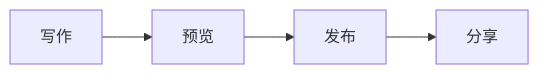
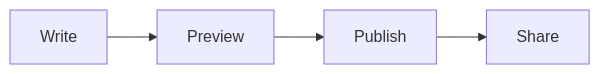
The diagram in docs/guides/getting-started.md (zhuangbiaowei/vitepress-ospo-writing-project), drawn with Mermaid before and after one commit. The commit also changed 182 other files, not shown here.

````diff
--- a/docs/guides/getting-started.md
+++ b/docs/guides/getting-started.md
@@ -141,6 +141,6 @@
 ```mermaid
 flowchart LR
-    A[写作] --> B[预览]
-    B --> C[发布]
-    C --> D[分享]
+    A[Write] --> B[Preview]
+    B --> C[Publish]
+    C --> D[Share]
 ```
````
